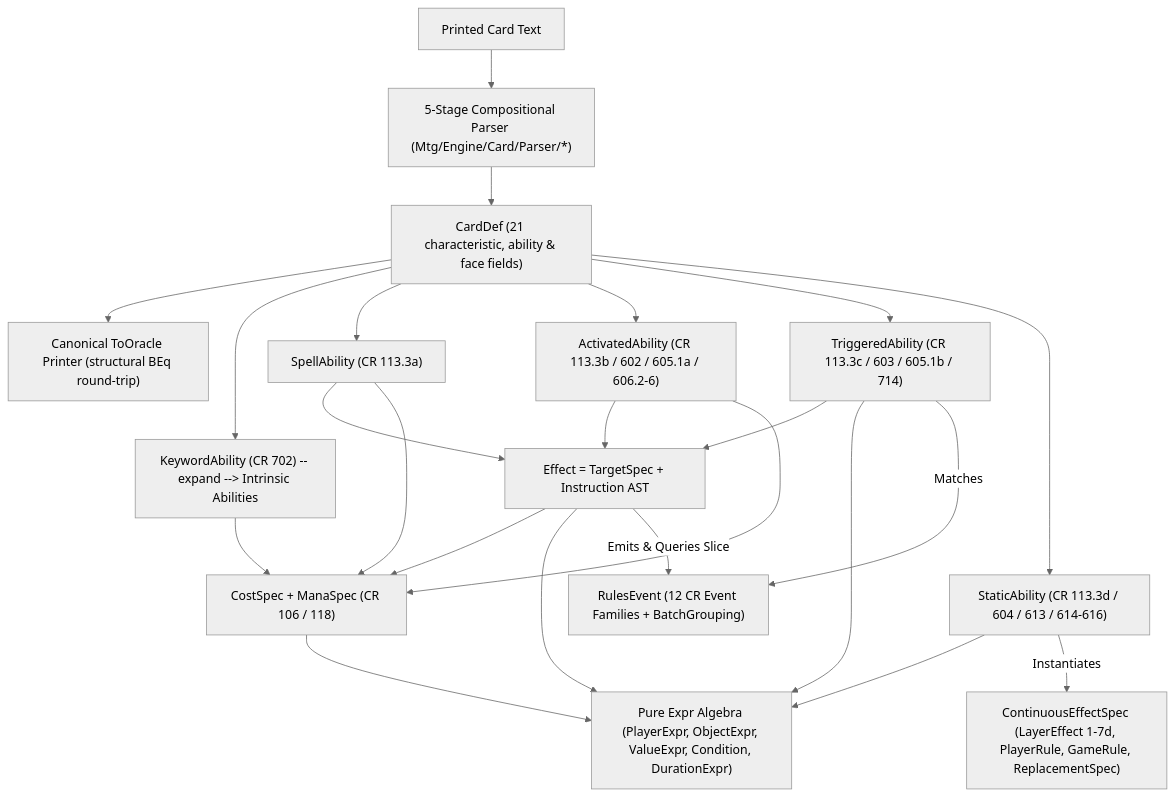
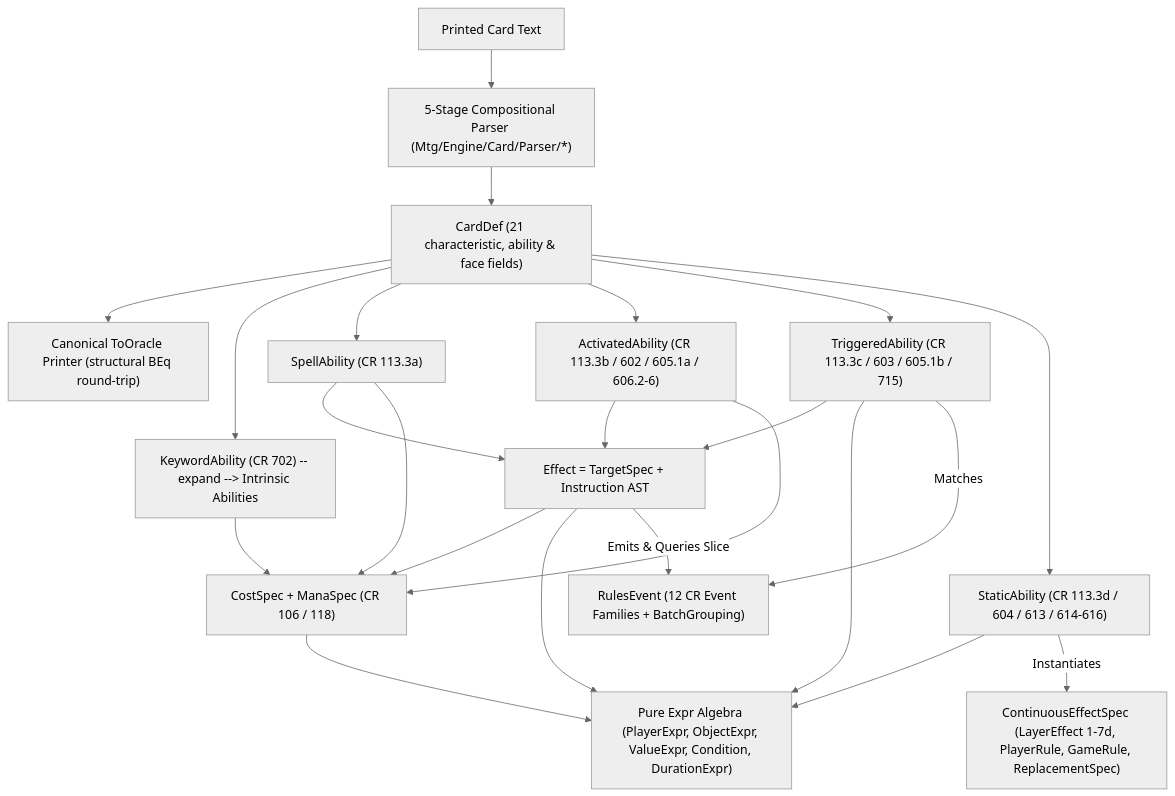
One commit to IharBury/mtg changed the diagram in docs/architecture.md. Above: the diagram before and after it, drawn with Mermaid (neutral theme). The commit also changed other lines of this file and 88 other files, not shown here.

````diff
--- a/docs/architecture.md
+++ b/docs/architecture.md
@@ -18,17 +18,17 @@
 ```mermaid
 flowchart TD
     Oracle["Printed Card Text"] --> Parser["5-Stage Compositional Parser (Mtg/Engine/Card/Parser/*)"]
     Parser --> CardDef["CardDef (21 characteristic, ability & face fields)"]
     CardDef --> ToOracle["Canonical ToOracle Printer (structural BEq round-trip)"]
     CardDef --> KW["KeywordAbility (CR 702) -- expand --> Intrinsic Abilities"]
     CardDef --> SA["SpellAbility (CR 113.3a)"]
     CardDef --> AA["ActivatedAbility (CR 113.3b / 602 / 605.1a / 606.2-6)"]
-    CardDef --> TA["TriggeredAbility (CR 113.3c / 603 / 605.1b / 714)"]
+    CardDef --> TA["TriggeredAbility (CR 113.3c / 603 / 605.1b / 715)"]
     CardDef --> StA["StaticAbility (CR 113.3d / 604 / 613 / 614-616)"]
     SA & AA & TA --> Eff["Effect = TargetSpec + Instruction AST"]
     AA & KW & SA & Eff --> Cost["CostSpec + ManaSpec (CR 106 / 118)"]
     Eff & TA & StA & Cost --> Expr["Pure Expr Algebra (PlayerExpr, ObjectExpr, ValueExpr, Condition, DurationExpr)"]
     StA -->|Instantiates| CES["ContinuousEffectSpec (LayerEffect 1-7d, PlayerRule, GameRule, ReplacementSpec)"]
     TA -->|Matches| RE["RulesEvent (12 CR Event Families + BatchGrouping)"]
     Eff -->|Emits & Queries Slice| RE
 ```
````
